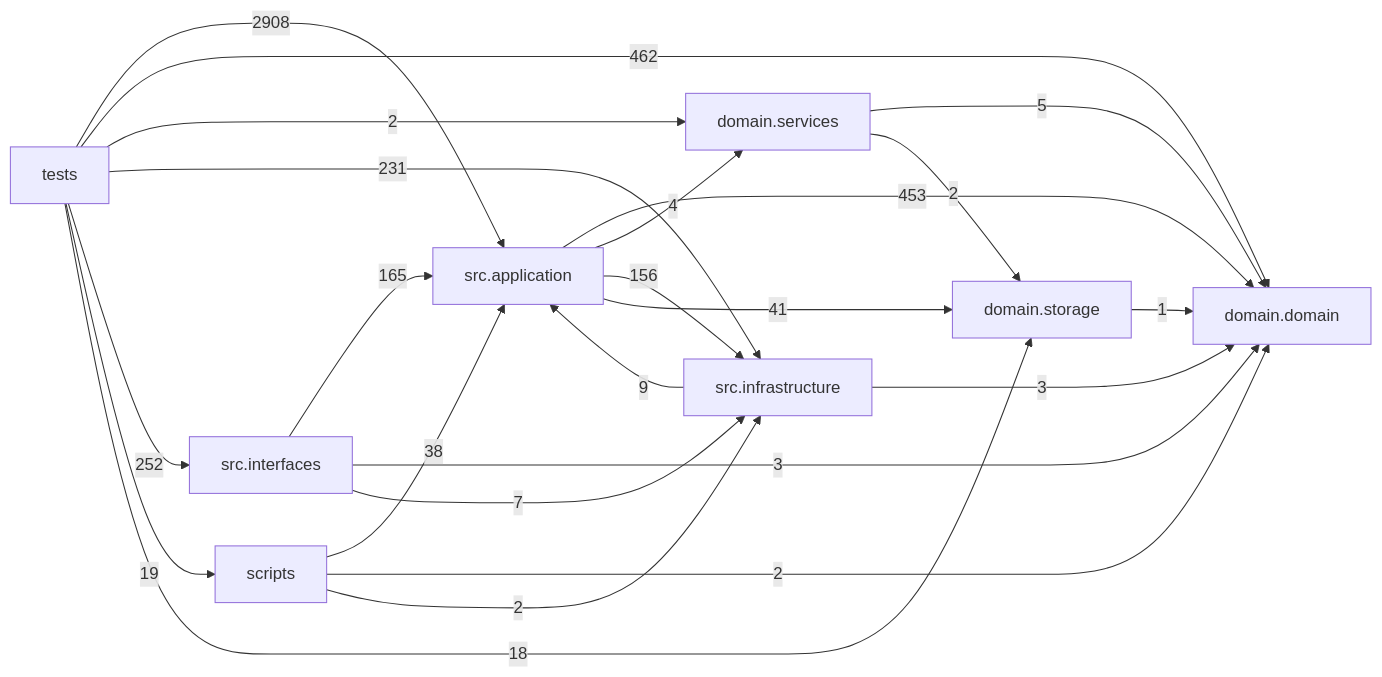
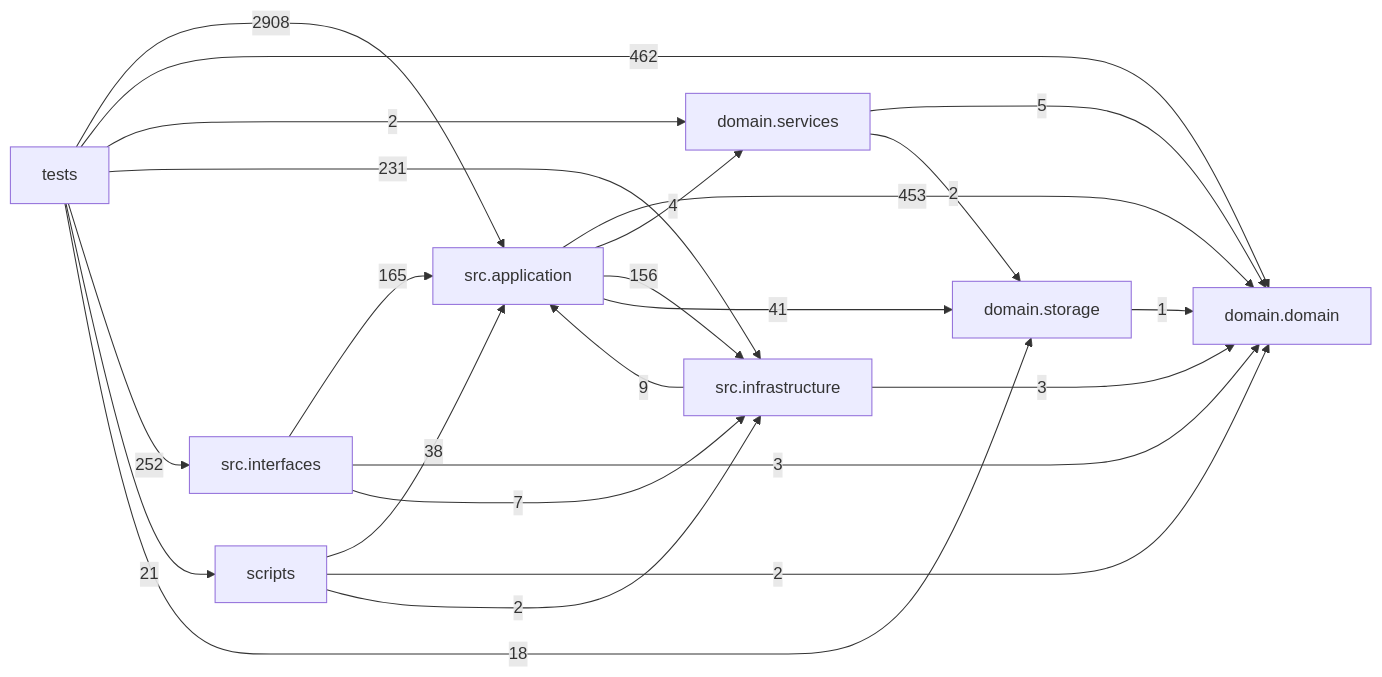
Before and after one commit to liuxie066/options-monitor: the diagram in docs/DEPENDENCY_GRAPH.md, drawn with Mermaid. The commit also changed other lines of this file and 7 other files, not shown here.

````diff
--- a/docs/DEPENDENCY_GRAPH.md
+++ b/docs/DEPENDENCY_GRAPH.md
@@ -24,33 +24,33 @@
 ```mermaid
 flowchart LR
   tests["tests"]
   scripts["scripts"]
   interfaces["src.interfaces"]
   application["src.application"]
   infrastructure["src.infrastructure"]
   domain_services["domain.services"]
   domain["domain.domain"]
   storage["domain.storage"]
   application -->|453| domain
   application -->|4| domain_services
   application -->|156| infrastructure
   application -->|41| storage
   domain_services -->|5| domain
   domain_services -->|2| storage
   infrastructure -->|9| application
   infrastructure -->|3| domain
   interfaces -->|165| application
   interfaces -->|3| domain
   interfaces -->|7| infrastructure
   scripts -->|38| application
   scripts -->|2| domain
   scripts -->|2| infrastructure
   storage -->|1| domain
   tests -->|2908| application
   tests -->|462| domain
   tests -->|2| domain_services
   tests -->|231| infrastructure
   tests -->|252| interfaces
-  tests -->|19| scripts
+  tests -->|21| scripts
   tests -->|18| storage
 ```
````
